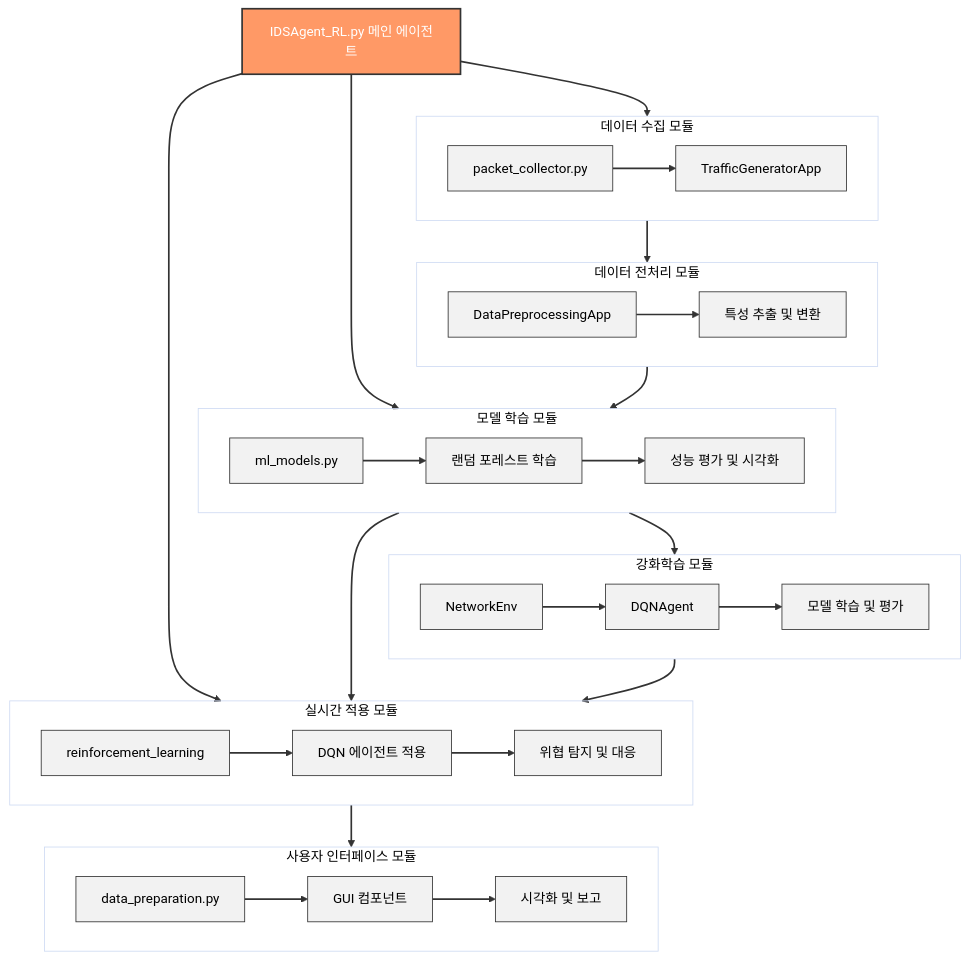
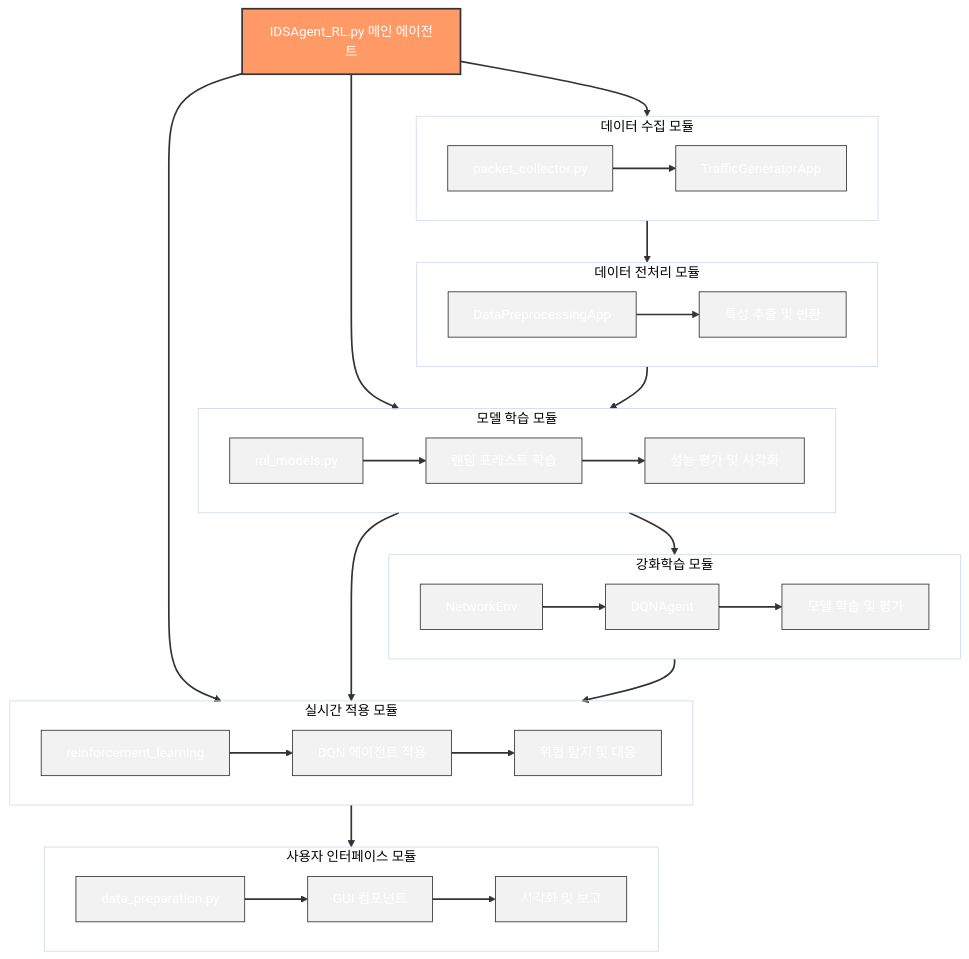
One commit to Es5724/Intrusion_DetectionSystem_AIagent changed the fourth of 4 diagrams in README.md. Above: the diagram before and after it, drawn with Mermaid (base theme).

````diff
--- a/README.md
+++ b/README.md
@@ -275,59 +275,59 @@
 ```mermaid
 flowchart TB
     main["IDSAgent_RL.py 메인 에이전트"]
     
     main --> data
     main --> model
     main --> realtime
     
     %% 모듈 배치
     subgraph data["데이터 수집 모듈"]
         direction LR
         collector["packet_collector.py"] --> generator["TrafficGeneratorApp"]
     end
     
     subgraph preprocess["데이터 전처리 모듈"]
         direction LR
         preprocessing["DataPreprocessingApp"] --> features["특성 추출 및 변환"]
     end
     
     subgraph model["모델 학습 모듈"]
         direction LR
         ml["ml_models.py"] --> rf["랜덤 포레스트 학습"] --> eval["성능 평가 및 시각화"]
     end
     
     subgraph rl["강화학습 모듈"]
         direction LR
         env["NetworkEnv"] --> agent["DQNAgent"] --> train["모델 학습 및 평가"]
     end
     
     subgraph realtime["실시간 적용 모듈"]
         direction LR
         reinforce["reinforcement_learning"] --> dqn["DQN 에이전트 적용"] --> detect["위협 탐지 및 대응"]
     end
     
     subgraph ui["사용자 인터페이스 모듈"]
         direction LR
         prep["data_preparation.py"] --> components["GUI 컴포넌트"] --> visual["시각화 및 보고"]
     end
     
     %% 모듈 간 연결
     data --> preprocess
     preprocess --> model
     model --> realtime
     model --> rl
     rl --> realtime
     realtime --> ui
     
     %% 스타일 정의
     classDef moduleHeader fill:#f96,stroke:#333,stroke-width:2px,color:white;
     class main moduleHeader
     
-    classDef nodeText fill:#f2f2f2,stroke:#333,stroke-width:1px,color:black;
+    classDef nodeText fill:#f2f2f2,stroke:#333,stroke-width:1px,color:white;
     class collector,generator,preprocessing,features,ml,rf,eval,env,agent,train,reinforce,dqn,detect,prep,components,visual nodeText;
     
     classDef subgraphText fill:transparent,color:black;
     class data,preprocess,model,rl,realtime,ui subgraphText;
     
     linkStyle default stroke:#333,stroke-width:2px;
 ```
````
